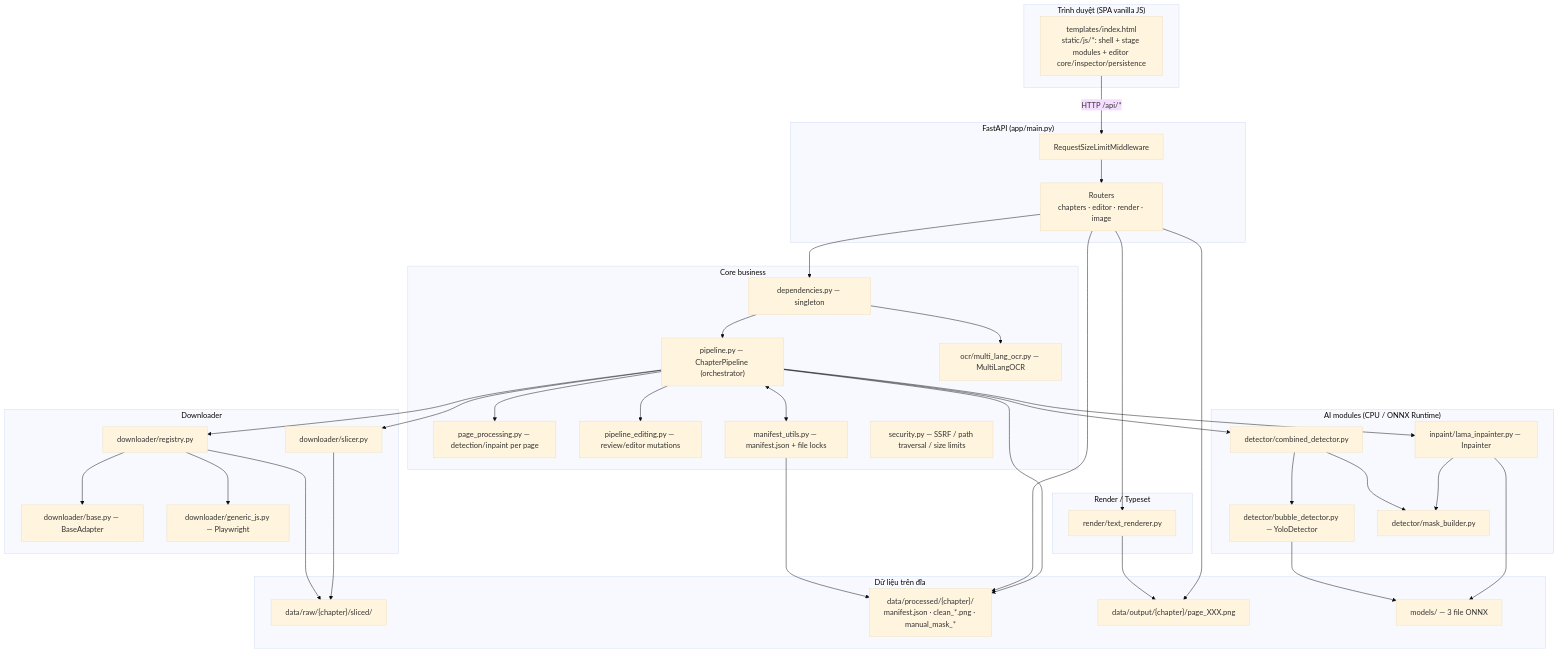
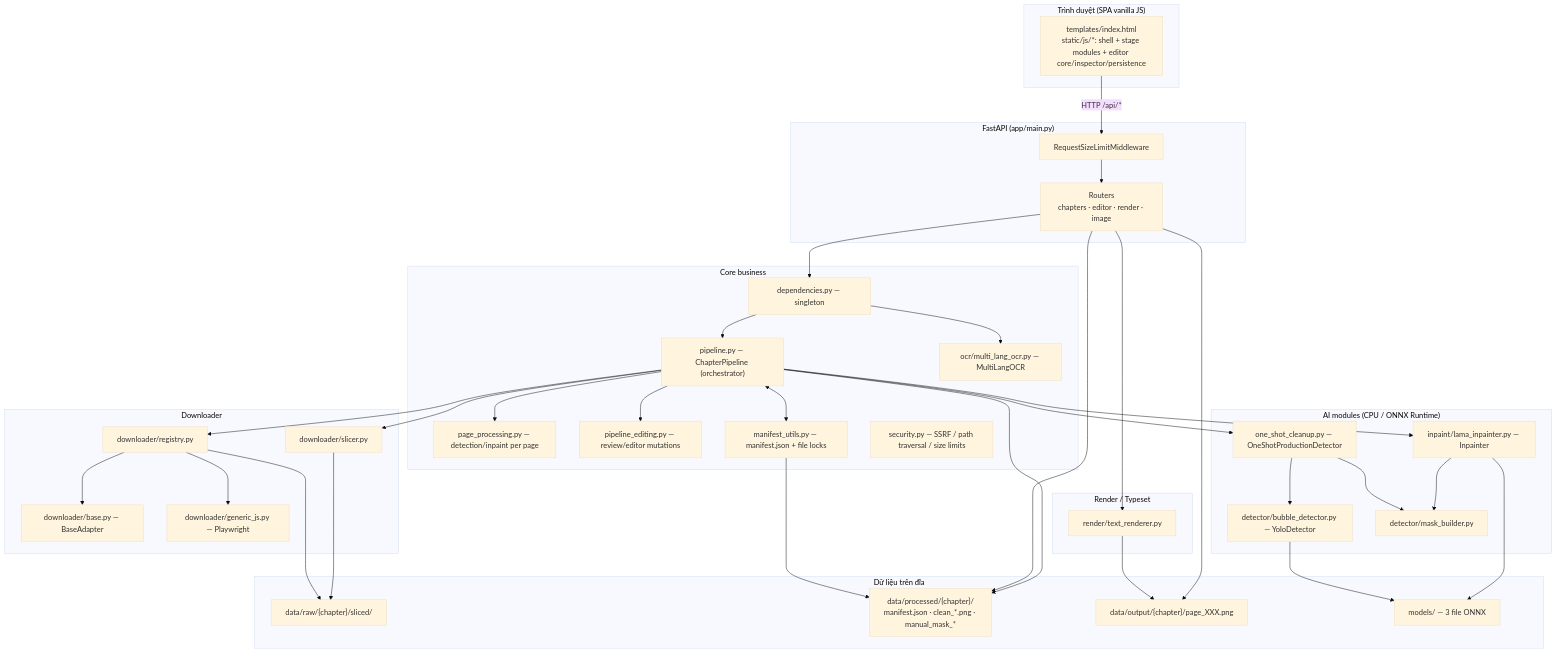
One commit to tuantran00541-spec/manga-translator changed the first of 12 diagrams in docs/ARCHITECTURE.md. Above: the diagram before and after it, drawn with Mermaid (base theme). The commit also changed other lines of this file and 97 other files, not shown here.

````diff
--- a/docs/ARCHITECTURE.md
+++ b/docs/ARCHITECTURE.md
@@ -7,70 +7,70 @@
 ```mermaid
 flowchart TB
     subgraph Client["Trình duyệt (SPA vanilla JS)"]
         UI["templates/index.html<br/>static/js/*: shell + stage modules + editor core/inspector/persistence"]
     end
 
     subgraph Server["FastAPI (app/main.py)"]
         MW["RequestSizeLimitMiddleware"]
         RTR["Routers<br/>chapters · editor · render · image"]
     end
 
     subgraph Core["Core business"]
         DEP["dependencies.py — singleton"]
         PL["pipeline.py — ChapterPipeline (orchestrator)"]
         PAGE["page_processing.py — detection/inpaint per page"]
         EDIT["pipeline_editing.py — review/editor mutations"]
         OCR["ocr/multi_lang_ocr.py — MultiLangOCR"]
         MAN["manifest_utils.py — manifest.json + file locks"]
         SEC["security.py — SSRF / path traversal / size limits"]
     end
 
     subgraph AI["AI modules (CPU / ONNX Runtime)"]
-        DET["detector/combined_detector.py"]
+        DET["one_shot_cleanup.py — OneShotProductionDetector"]
         YOLO["detector/bubble_detector.py — YoloDetector"]
         MB["detector/mask_builder.py"]
         LAMA["inpaint/lama_inpainter.py — Inpainter"]
     end
 
     subgraph DL["Downloader"]
         REG["downloader/registry.py"]
         BASE["downloader/base.py — BaseAdapter"]
         JS["downloader/generic_js.py — Playwright"]
         SL["downloader/slicer.py"]
     end
 
     subgraph RD["Render / Typeset"]
         TR["render/text_renderer.py"]
     end
 
     subgraph Data["Dữ liệu trên đĩa"]
         RAW["data/raw/{chapter}/sliced/"]
         PROC["data/processed/{chapter}/<br/>manifest.json · clean_*.png · manual_mask_*"]
         OUT["data/output/{chapter}/page_XXX.png"]
         MOD["models/ — 3 file ONNX"]
     end
 
     UI -->|HTTP /api/*| MW --> RTR
     RTR --> DEP
     DEP --> PL
     PL --> PAGE
     PL --> EDIT
     DEP --> OCR
     PL --> DET --> YOLO
     DET --> MB
     PL --> LAMA --> MB
     PL --> REG --> BASE
     REG --> JS
     PL --> SL
     RTR --> TR
     PL <--> MAN
     MAN --> PROC
     RTR --> PROC
     REG --> RAW
     SL --> RAW
     PL --> PROC
     TR --> OUT
     RTR --> OUT
     YOLO --> MOD
     LAMA --> MOD
 ```
````
